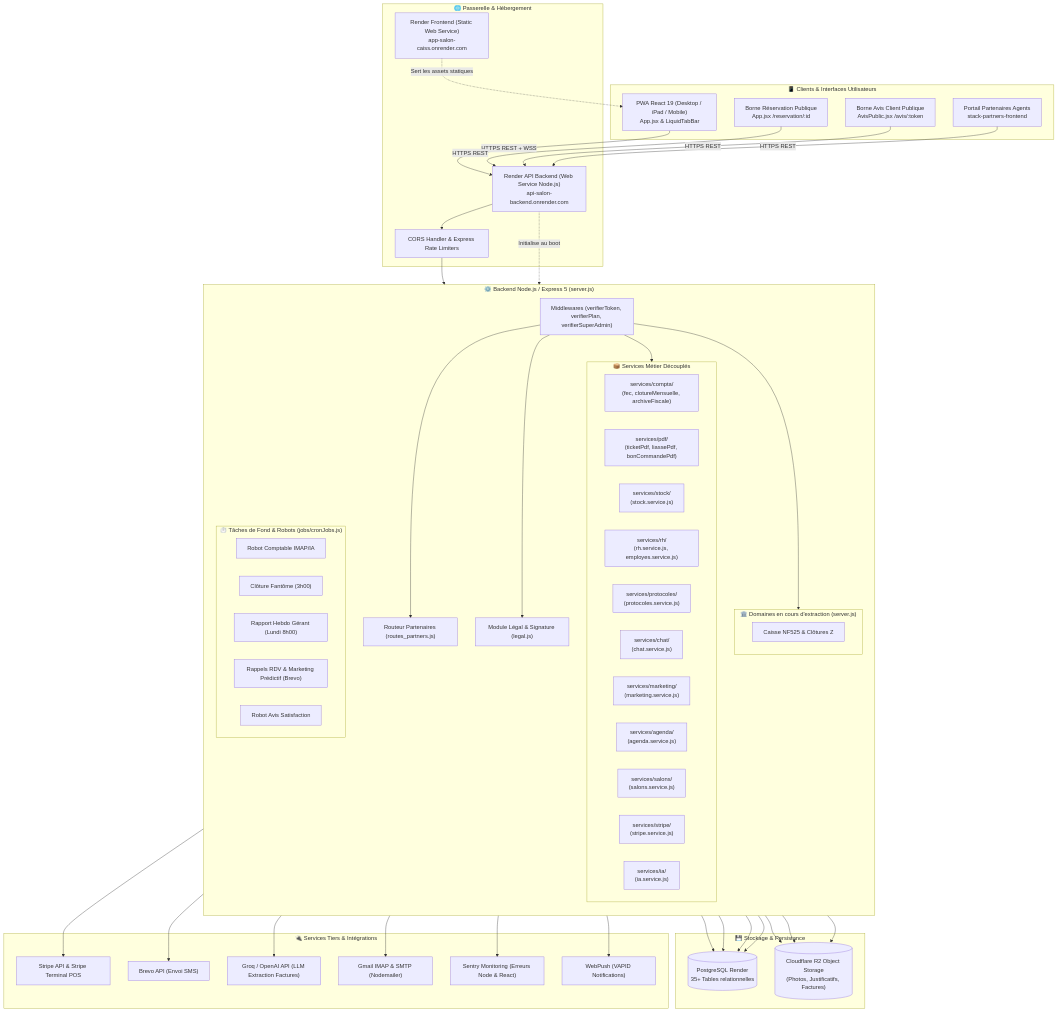
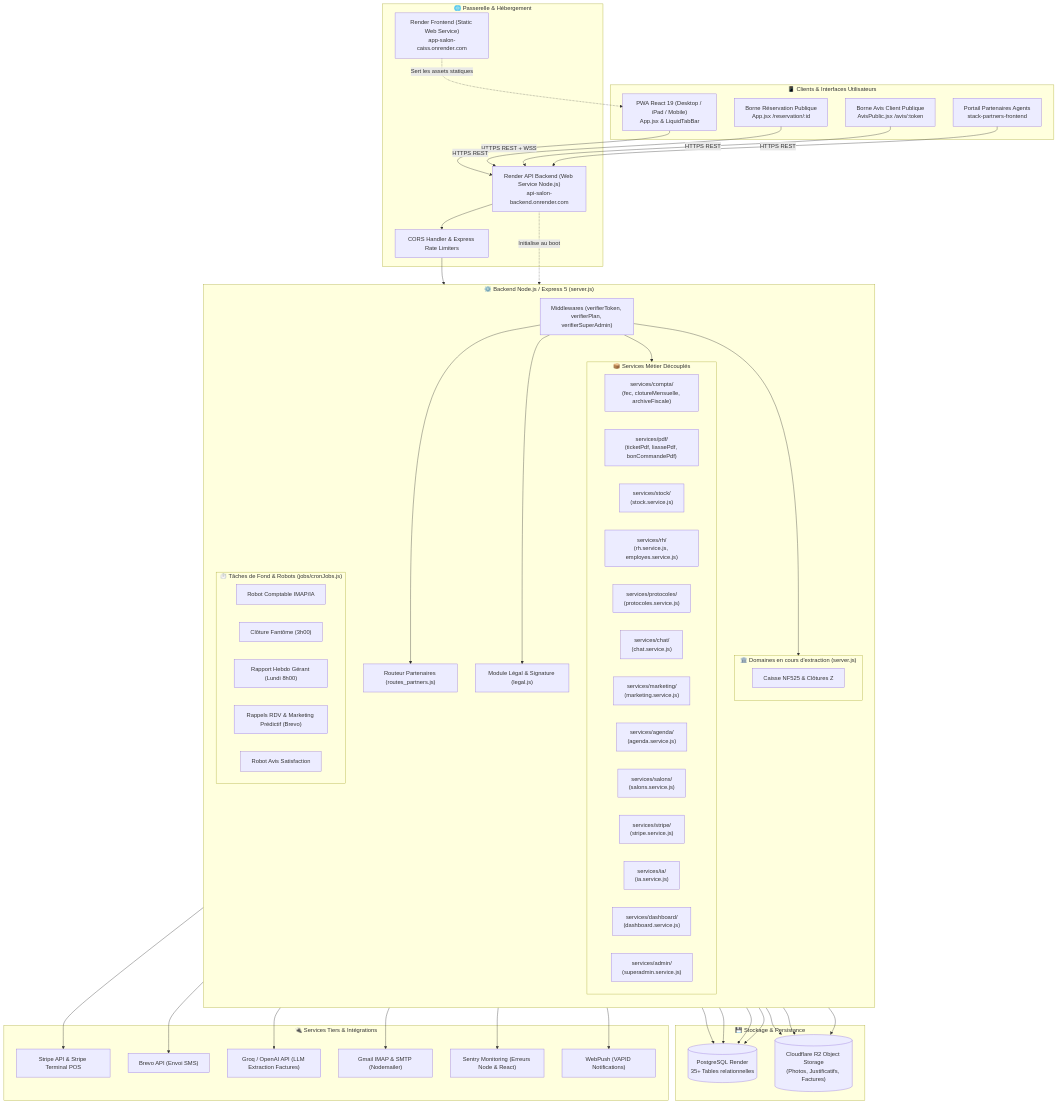
One commit to valentin-td/APP changed the first of 5 diagrams in docs/ARCHITECTURE.md. Above: the diagram before and after it, drawn with Mermaid. The commit also changed other lines of this file and 5 other files, not shown here.

Commit message:
refactor: extraction des tableaux de bord et de la super-administration (services/dashboard, services/admin)

```diff
--- a/docs/ARCHITECTURE.md
+++ b/docs/ARCHITECTURE.md
@@ -56,6 +56,8 @@
             SRV_Salons["services/salons/<br/>(salons.service.js)"]
             SRV_Stripe["services/stripe/<br/>(stripe.service.js)"]
             SRV_IA["services/ia/<br/>(ia.service.js)"]
+            SRV_Dashboard["services/dashboard/<br/>(dashboard.service.js)"]
+            SRV_Admin["services/admin/<br/>(superadmin.service.js)"]
         end
 
         subgraph CoreMonolith["🏛️ Domaines en cours d'extraction (server.js)"]
```
